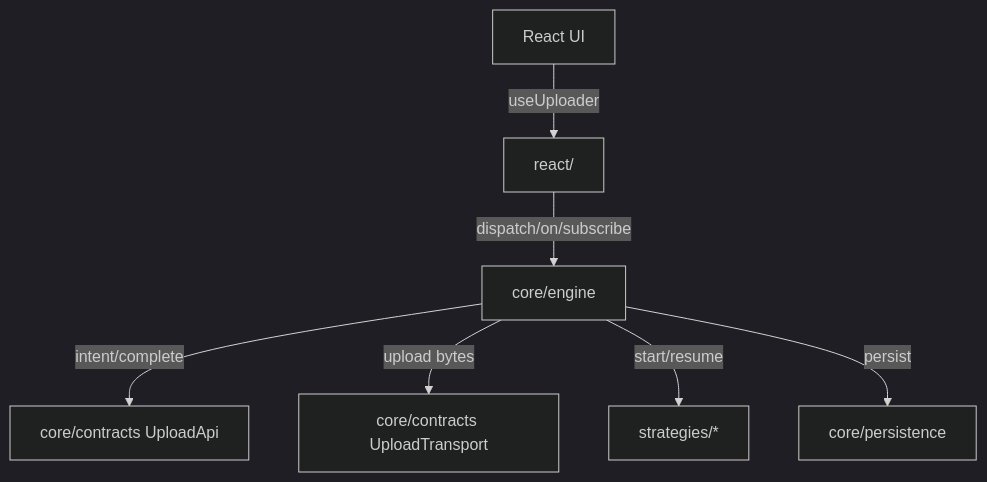
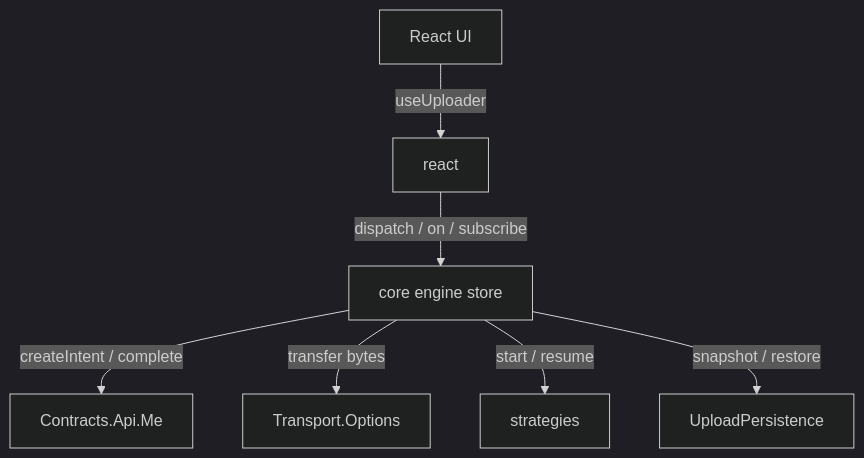
The diagram in apps/duck/.gentleduck/_llm/duck-upload/introduction.md (gentleeduck/ui), drawn with Mermaid (dark theme) before and after one commit. The commit also changed other lines of this file and 57 other files, not shown here.

````diff
--- a/apps/duck/.gentleduck/_llm/duck-upload/introduction.md
+++ b/apps/duck/.gentleduck/_llm/duck-upload/introduction.md
@@ -16,9 +39,9 @@
 ```mermaid
 graph TD
-  UI[React UI] -->|useUploader| ReactLayer[react/]
-  ReactLayer -->|dispatch/on/subscribe| Core[core/engine]
-  Core -->|intent/complete| Api[core/contracts UploadApi]
-  Core -->|upload bytes| Transport[core/contracts UploadTransport]
-  Core -->|start/resume| Strategy[strategies/*]
-  Core -->|persist| Persistence[core/persistence]
+  UI[React UI] -->|useUploader| ReactLayer[react]
+  ReactLayer -->|dispatch / on / subscribe| Core[core engine store]
+  Core -->|createIntent / complete| Api[Contracts.Api.Me]
+  Core -->|transfer bytes| Transport[Transport.Options]
+  Core -->|start / resume| Strategy[strategies]
+  Core -->|snapshot / restore| Persistence[UploadPersistence]
 ```
````
